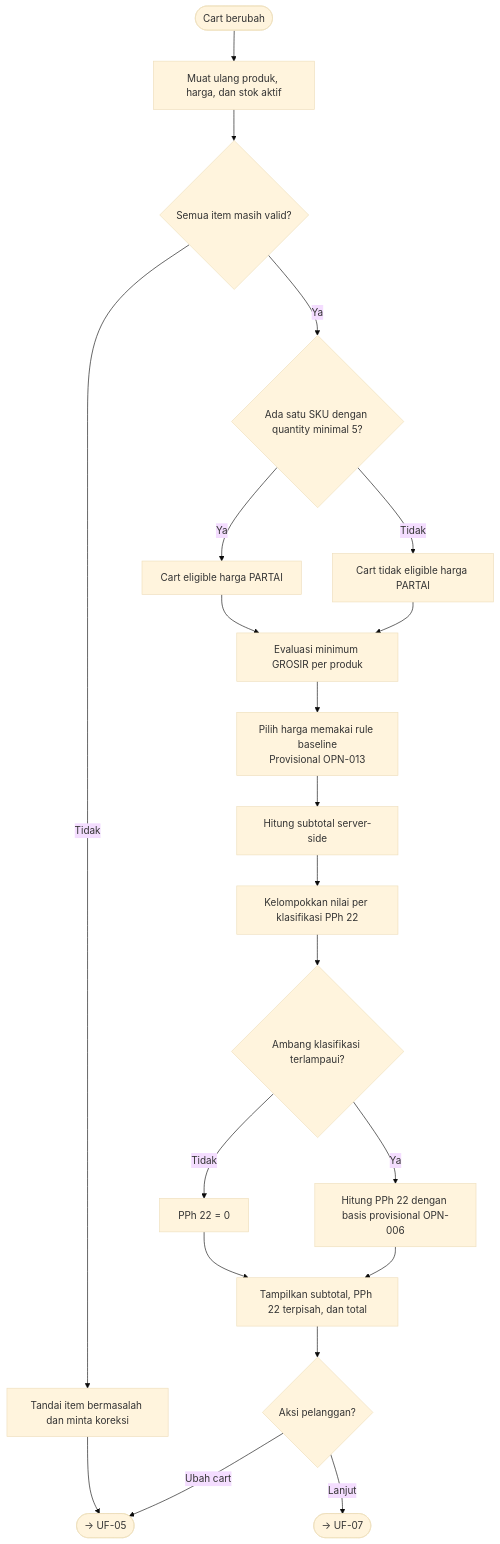
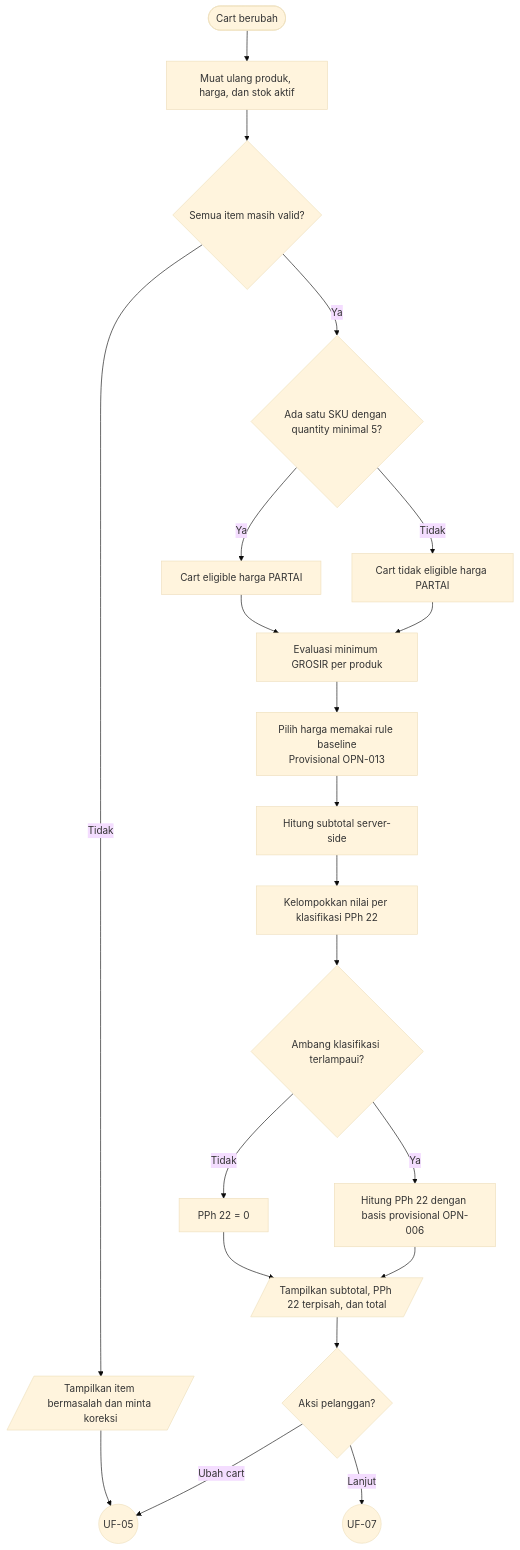
Before and after one commit to Webekspres/pixel-komunika: the sixth of 18 diagrams in docs/design/USER_FLOWS.md, drawn with Mermaid (base theme). The commit also changed other lines of this file, not shown here.

Commit message:
docs: standardize user flow notation

````diff
--- a/docs/design/USER_FLOWS.md
+++ b/docs/design/USER_FLOWS.md
@@ -179,26 +203,26 @@
 ```mermaid
 flowchart TD
-    A([Cart berubah]) --> B["Muat ulang produk, harga, dan stok aktif"]
+    A(["Cart berubah"]) --> B["Muat ulang produk, harga, dan stok aktif"]
     B --> C{"Semua item masih valid?"}
-    C -->|Tidak| D["Tandai item bermasalah dan minta koreksi"]
-    D --> C_UF05(["→ UF-05"])
+    C -->|Tidak| D[/"Tampilkan item bermasalah dan minta koreksi"/]
+    D --> C_UF05((UF-05))
     C -->|Ya| E{"Ada satu SKU dengan quantity minimal 5?"}
     E -->|Ya| F["Cart eligible harga PARTAI"]
     E -->|Tidak| G["Cart tidak eligible harga PARTAI"]
     F --> H["Evaluasi minimum GROSIR per produk"]
     G --> H
     H --> I["Pilih harga memakai rule baseline<br/>Provisional OPN-013"]
     I --> J["Hitung subtotal server-side"]
     J --> K["Kelompokkan nilai per klasifikasi PPh 22"]
     K --> L{"Ambang klasifikasi terlampaui?"}
     L -->|Tidak| M["PPh 22 = 0"]
     L -->|Ya| N["Hitung PPh 22 dengan basis provisional OPN-006"]
-    M --> O["Tampilkan subtotal, PPh 22 terpisah, dan total"]
+    M --> O[/"Tampilkan subtotal, PPh 22 terpisah, dan total"/]
     N --> O
     O --> P{"Aksi pelanggan?"}
     P -->|Ubah cart| C_UF05
-    P -->|Lanjut| C_UF07(["→ UF-07"])
+    P -->|Lanjut| C_UF07((UF-07))
 
     click C_UF05 "#uf-05-detail-produk-dan-cart"
     click C_UF07 "#uf-07-alamat-dan-pengiriman"
 ```
````
